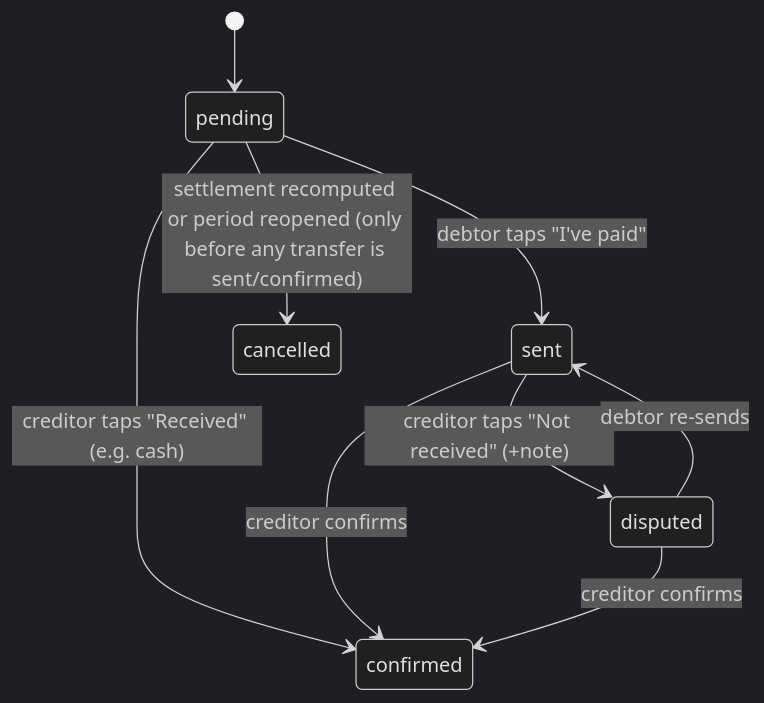
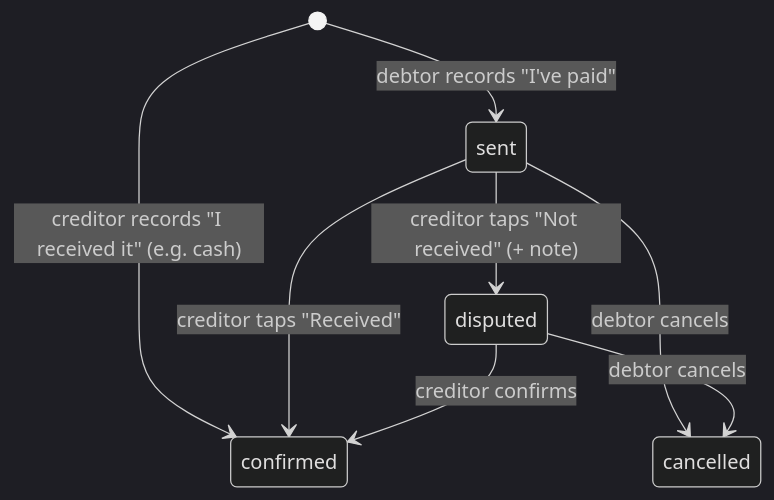
The diagram in docs/03-business-rules.md (Frankovg/split-ranch), drawn with Mermaid (dark theme) before and after one commit. The commit also changed other lines of this file and 104 other files, not shown here.

````diff
--- a/docs/03-business-rules.md
+++ b/docs/03-business-rules.md
@@ -174,11 +181,10 @@
 ```mermaid
 stateDiagram-v2
-  [*] --> pending
-  pending --> sent: debtor taps "I've paid"
-  pending --> confirmed: creditor taps "Received" (e.g. cash)
-  sent --> confirmed: creditor confirms
-  sent --> disputed: creditor taps "Not received" (+note)
-  disputed --> sent: debtor re-sends
+  [*] --> sent: debtor records "I've paid"
+  [*] --> confirmed: creditor records "I received it" (e.g. cash)
+  sent --> confirmed: creditor taps "Received"
+  sent --> disputed: creditor taps "Not received" (+ note)
   disputed --> confirmed: creditor confirms
-  pending --> cancelled: settlement recomputed or period reopened (only before any transfer is sent/confirmed)
+  sent --> cancelled: debtor cancels
+  disputed --> cancelled: debtor cancels
 ```
````
